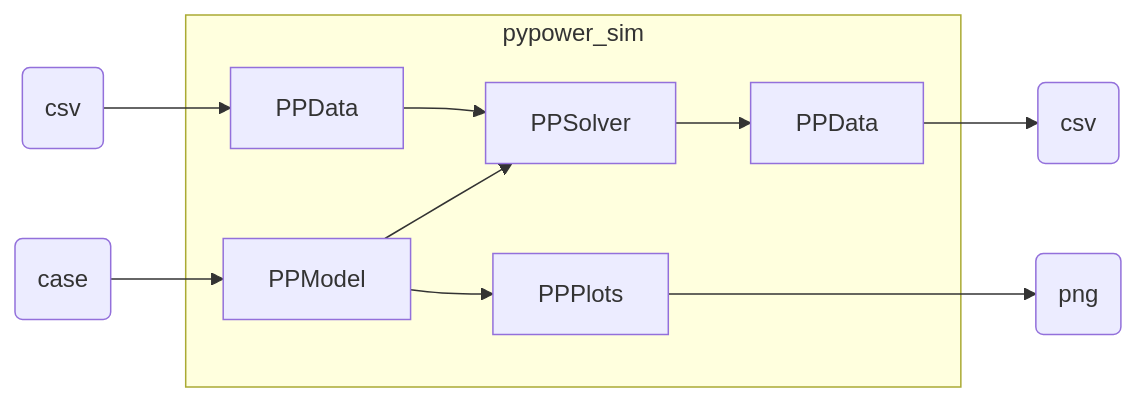
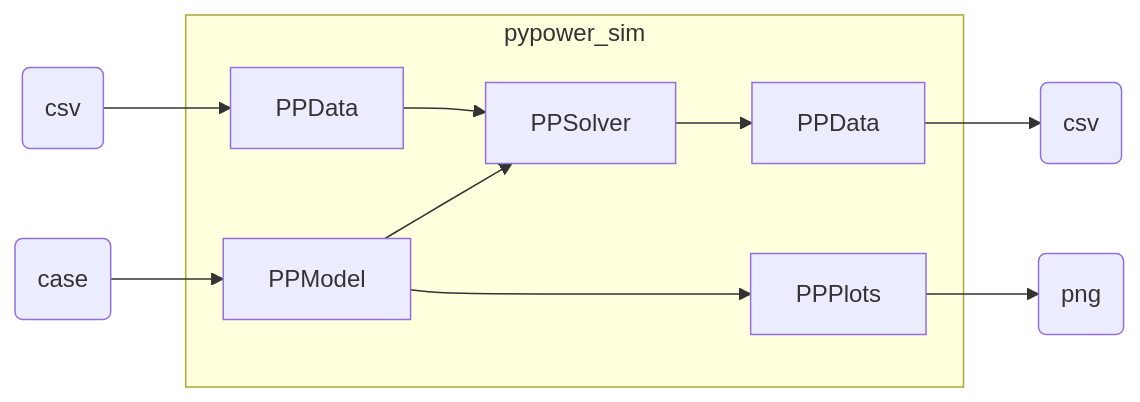
Before and after one commit to eudoxys/pypower_sim: the diagram in README.md, drawn with Mermaid.

````diff
--- a/README.md
+++ b/README.md
@@ -12,16 +12,16 @@
 ```mermaid
 flowchart LR
 
     case(case) --> PPModel
     inputs(csv) --> input[PPData]
 
     subgraph pypower_sim
         PPModel --> PPSolver
-        PPModel --> PPPlots
+        PPModel ---> PPPlots
         input --> PPSolver
         PPSolver --> output[PPData]
     end
 
-    PPPlots ---> plots(png)
+    PPPlots --> plots(png)
     output --> outputs(csv)
 ```
````
